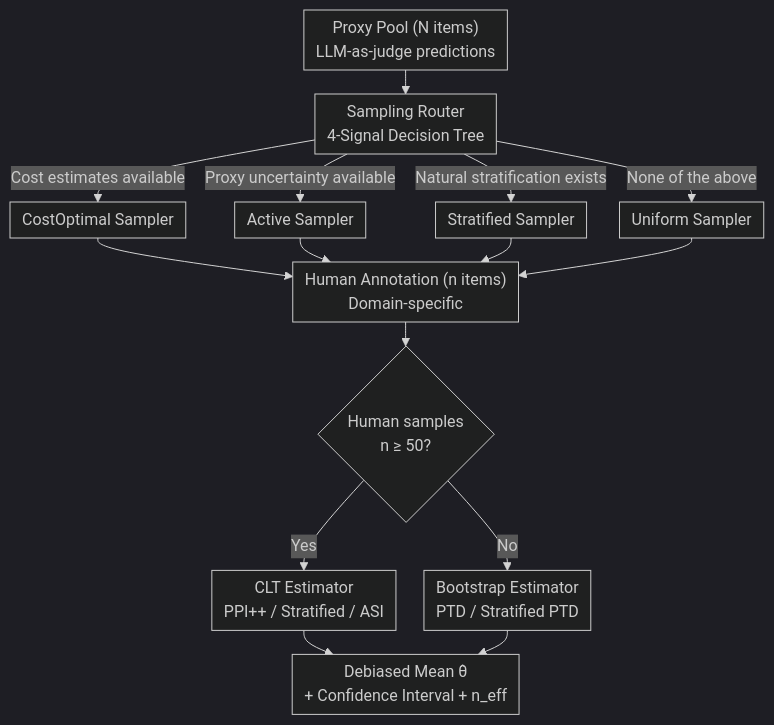
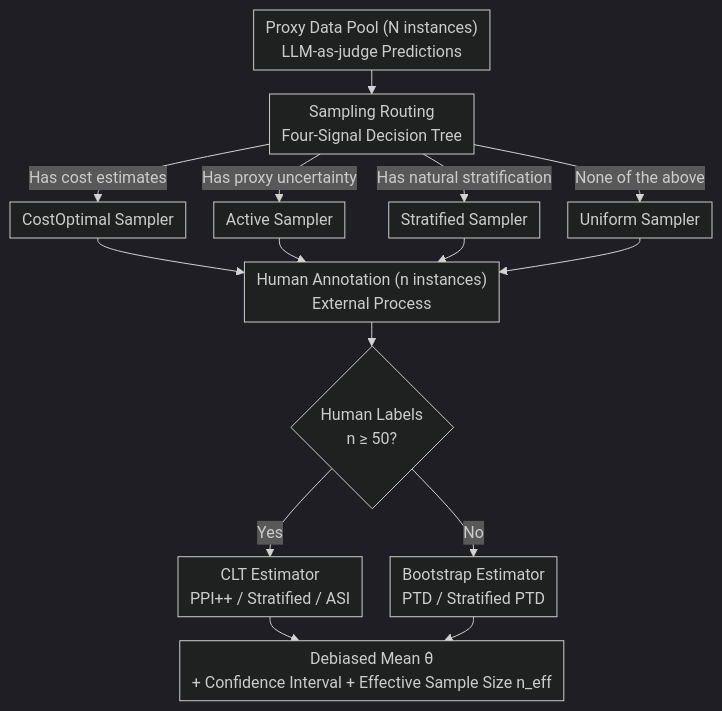
One commit to zhaoyang97/Paper-Notes-en changed the diagram in docs/ICML2026/others/industrializing_prediction-powered_inference_the_glide_library_for_reliable_gena.md. Above: the diagram before and after it, drawn with Mermaid (dark theme). The commit also changed other lines of this file and 5084 other files, not shown here.

````diff
--- a/docs/ICML2026/others/industrializing_prediction-powered_inference_the_glide_library_for_reliable_gena.md
+++ b/docs/ICML2026/others/industrializing_prediction-powered_inference_the_glide_library_for_reliable_gena.md
@@ -51,14 +51,14 @@
 ```mermaid
 %%{init: {'flowchart': {'rankSpacing': 24, 'nodeSpacing': 28, 'padding': 6, 'wrappingWidth': 400}}}%%
 flowchart TD
-    P["Proxy Pool (N items)<br/>LLM-as-judge predictions"] --> D1["Sampling Router<br/>4-Signal Decision Tree"]
-    D1 -->|Cost estimates available| S1["CostOptimal Sampler"]
-    D1 -->|Proxy uncertainty available| S2["Active Sampler"]
-    D1 -->|Natural stratification exists| S3["Stratified Sampler"]
+    P["Proxy Data Pool (N instances)<br/>LLM-as-judge Predictions"] --> D1["Sampling Routing<br/>Four-Signal Decision Tree"]
+    D1 -->|Has cost estimates| S1["CostOptimal Sampler"]
+    D1 -->|Has proxy uncertainty| S2["Active Sampler"]
+    D1 -->|Has natural stratification| S3["Stratified Sampler"]
     D1 -->|None of the above| S4["Uniform Sampler"]
-    S1 & S2 & S3 & S4 --> A["Human Annotation (n items)<br/>Domain-specific"]
-    A --> D2{"Human samples<br/>n ≥ 50?"}
+    S1 & S2 & S3 & S4 --> A["Human Annotation (n instances)<br/>External Process"]
+    A --> D2{"Human Labels<br/>n ≥ 50?"}
     D2 -->|Yes| E1["CLT Estimator<br/>PPI++ / Stratified / ASI"]
     D2 -->|No| E2["Bootstrap Estimator<br/>PTD / Stratified PTD"]
-    E1 & E2 --> O["Debiased Mean θ̂<br/>+ Confidence Interval + n_eff"]
+    E1 & E2 --> O["Debiased Mean θ̂<br/>+ Confidence Interval + Effective Sample Size n_eff"]
 ```
````
